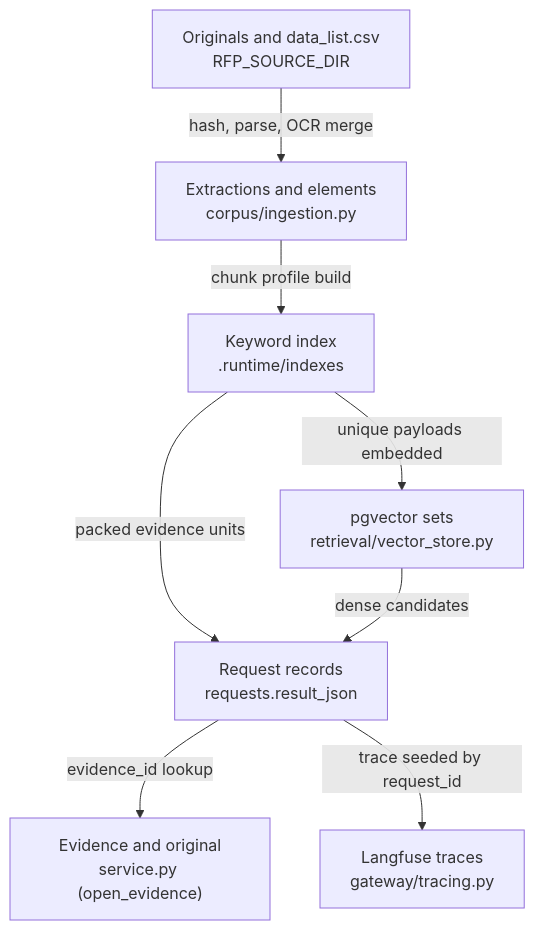
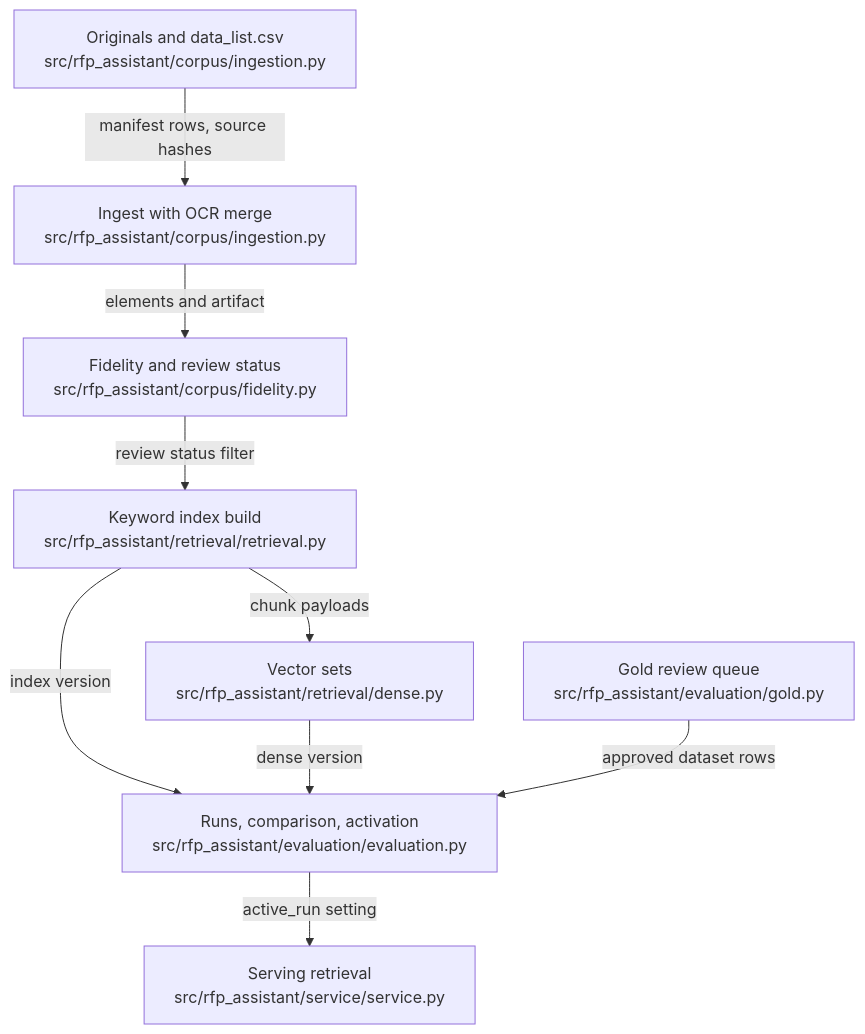
Before and after one commit to littleeeeebit/project-codeit-mid: the diagram in .omm/data-flow/diagram.mmd, drawn with Mermaid. The commit also changed 400 other files, not shown here.

```diff
--- a/.omm/data-flow/diagram.mmd
+++ b/.omm/data-flow/diagram.mmd
@@ -1,8 +1,17 @@
 graph TD
-  original-files["Originals and data_list.csv\nRFP_SOURCE_DIR"] -->|hash, parse, OCR merge| extractions["Extractions and elements\ncorpus/ingestion.py"]
-  extractions -->|chunk profile build| keyword-index-files["Keyword index\n.runtime/indexes"]
-  keyword-index-files -->|unique payloads embedded| vector-sets["pgvector sets\nretrieval/vector_store.py"]
-  keyword-index-files -->|packed evidence units| request-records["Request records\nrequests.result_json"]
-  vector-sets -->|dense candidates| request-records
-  request-records -->|evidence_id lookup| evidence-view["Evidence and original\nservice.py (open_evidence)"]
-  request-records -->|trace seeded by request_id| langfuse-traces["Langfuse traces\ngateway/tracing.py"]
+  originals["Originals and data_list.csv\nsrc/rfp_assistant/corpus/ingestion.py"]
+  ingest["Ingest with OCR merge\nsrc/rfp_assistant/corpus/ingestion.py"]
+  fidelity["Fidelity and review status\nsrc/rfp_assistant/corpus/fidelity.py"]
+  keyword["Keyword index build\nsrc/rfp_assistant/retrieval/retrieval.py"]
+  vectors["Vector sets\nsrc/rfp_assistant/retrieval/dense.py"]
+  gold["Gold review queue\nsrc/rfp_assistant/evaluation/gold.py"]
+  evaluate["Runs, comparison, activation\nsrc/rfp_assistant/evaluation/evaluation.py"]
+  serving["Serving retrieval\nsrc/rfp_assistant/service/service.py"]
+  originals -->|manifest rows, source hashes| ingest
+  ingest -->|elements and artifact| fidelity
+  fidelity -->|review status filter| keyword
+  keyword -->|chunk payloads| vectors
+  keyword -->|index version| evaluate
+  vectors -->|dense version| evaluate
+  gold -->|approved dataset rows| evaluate
+  evaluate -->|active_run setting| serving
```
